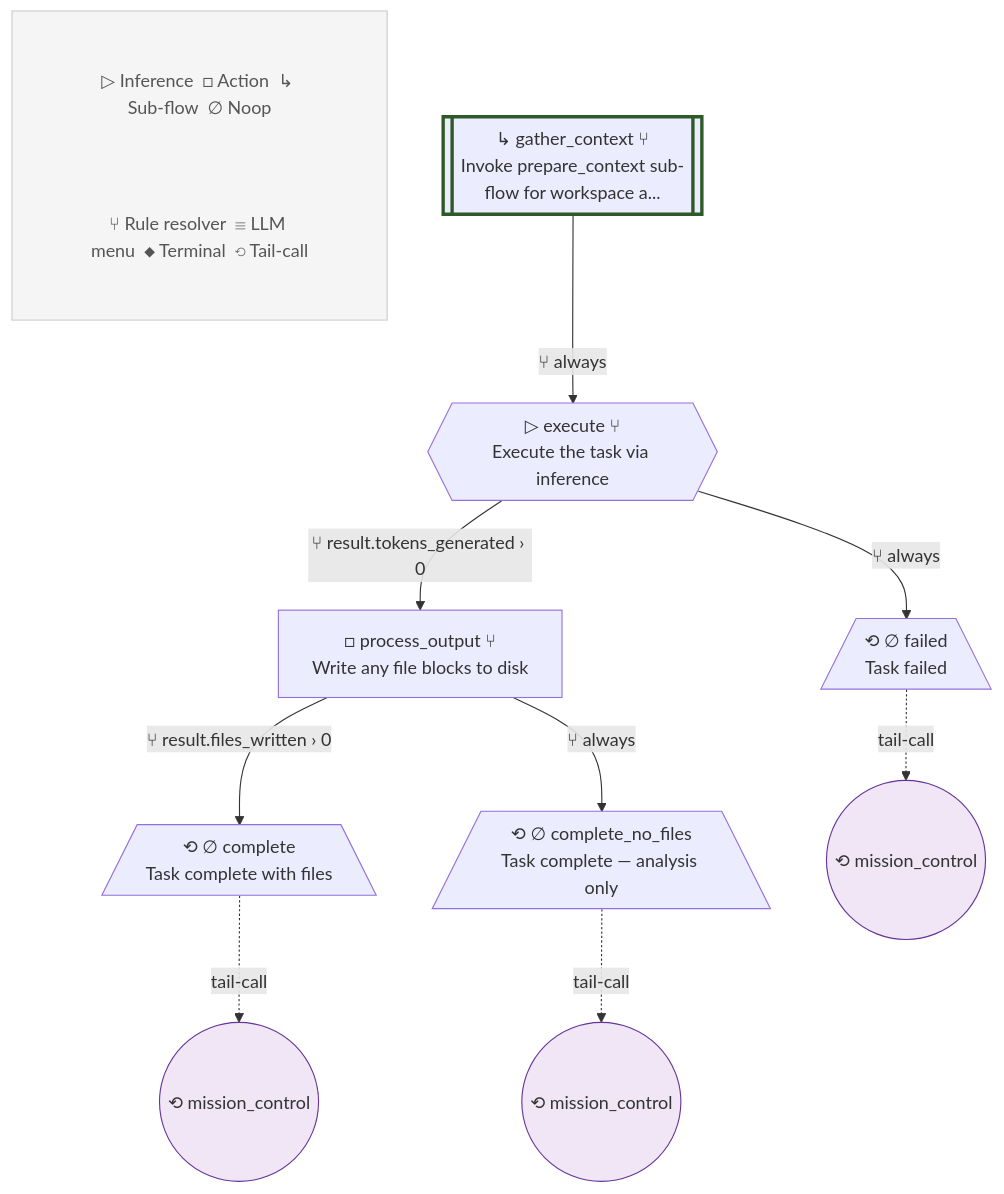
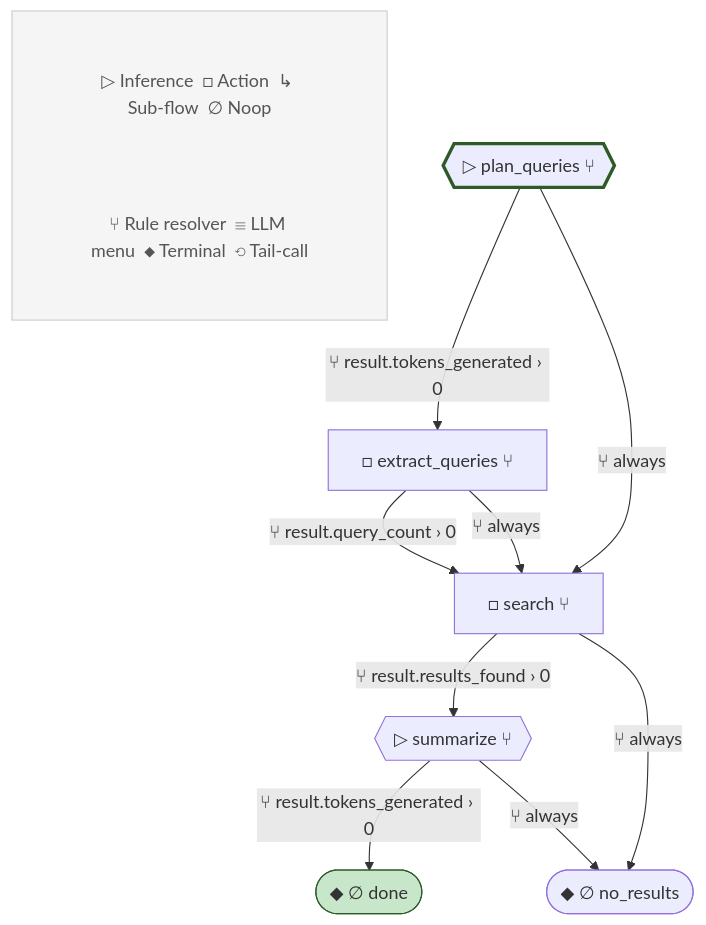
The tenth of 20 diagrams in blueprint.md (lah-rb/ouroboros), drawn with Mermaid before and after one commit. The commit also changed other lines of this file and 207 other files, not shown here.

````diff
--- a/blueprint.md
+++ b/blueprint.md
@@ -778,37 +910,32 @@
 ```mermaid
 flowchart TD
-    %% manage_packages v2
+    %% research v2
 
     subgraph Legend[" "]
         L1["▷ Inference  □ Action  ↳ Sub-flow  ∅ Noop"]
         L2["⑂ Rule resolver  ☰ LLM menu  ◆ Terminal  ⟲ Tail-call"]
     end
     style Legend fill:#f5f5f5,stroke:#ccc,stroke-width:1px
     style L1 fill:#f5f5f5,stroke:none,color:#555
     style L2 fill:#f5f5f5,stroke:none,color:#555
 
-    gather_context[["↳ gather_context ⑂\nInvoke prepare_context sub-flow for workspace a..."]]
-    execute{{"▷ execute ⑂\nExecute the task via inference"}}
-    process_output["□ process_output ⑂\nWrite any file blocks to disk"]
-    complete[/"⟲ ∅ complete\nTask complete with files"\]
-    complete_no_files[/"⟲ ∅ complete_no_files\nTask complete — analysis only"\]
-    failed[/"⟲ ∅ failed\nTask failed"\]
+    plan_queries{{"▷ plan_queries ⑂"}}
+    extract_queries["□ extract_queries ⑂"]
+    search["□ search ⑂"]
+    summarize{{"▷ summarize ⑂"}}
+    done(["◆ ∅ done"])
+    no_results(["◆ ∅ no_results"])
 
-    style gather_context stroke-width:3px,stroke:#2d5a27
+    style plan_queries stroke-width:3px,stroke:#2d5a27
 
-    gather_context -->|⑂ always| execute
-    execute -->|⑂ result.tokens_generated › 0| process_output
-    execute -->|⑂ always| failed
-    process_output -->|⑂ result.files_written › 0| complete
-    process_output -->|⑂ always| complete_no_files
-    tc_complete(("⟲ mission_control"))
-    style tc_complete fill:#f0e6f6,stroke:#663399
-    complete -.->|tail-call| tc_complete
-    tc_complete_no_files(("⟲ mission_control"))
-    style tc_complete_no_files fill:#f0e6f6,stroke:#663399
-    complete_no_files -.->|tail-call| tc_complete_no_files
-    tc_failed(("⟲ mission_control"))
-    style tc_failed fill:#f0e6f6,stroke:#663399
-    failed -.->|tail-call| tc_failed
+    plan_queries -->|⑂ result.tokens_generated › 0| extract_queries
+    plan_queries -->|⑂ always| search
+    extract_queries -->|⑂ result.query_count › 0| search
+    extract_queries -->|⑂ always| search
+    search -->|⑂ result.results_found › 0| summarize
+    search -->|⑂ always| no_results
+    summarize -->|⑂ result.tokens_generated › 0| done
+    summarize -->|⑂ always| no_results
 
+    style done fill:#c8e6c9,stroke:#2d5a27
 ```
````
